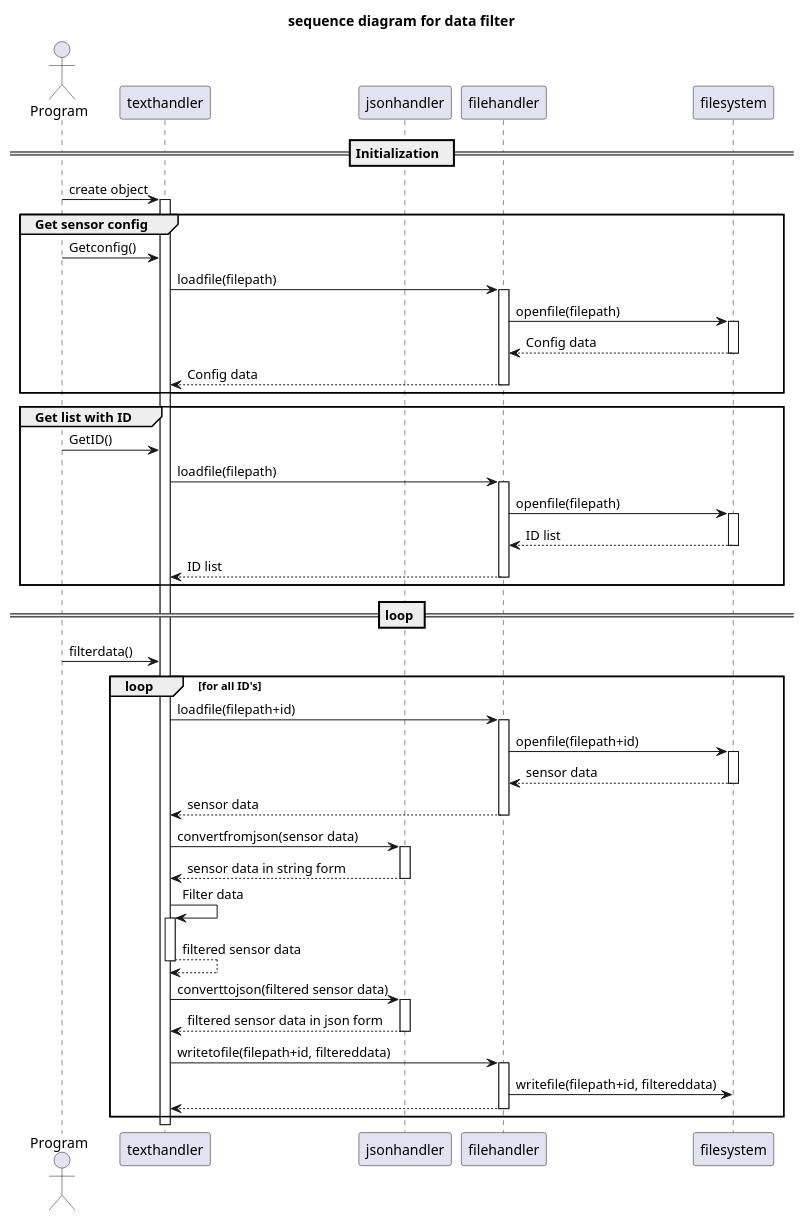
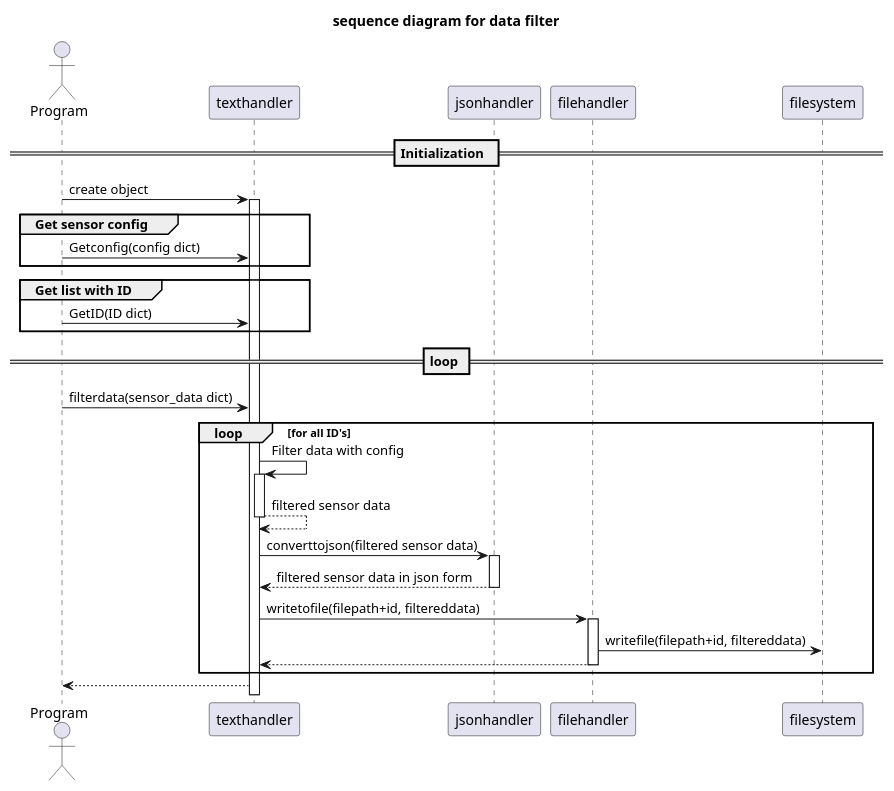
One commit to AU-PRO5-Rem/ReMoniProject changed the diagram in doc/Sequence_filter.puml. Above: the diagram before and after it, drawn with PlantUML. The commit also changed 3 other files, not shown here.

Commit message:
Changed Sequence_filter.puml and implemented filehandler

```diff
--- a/doc/Sequence_filter.puml
+++ b/doc/Sequence_filter.puml
@@ -1,64 +1,42 @@
 @startuml
 actor Program
 participant texthandler
 participant jsonhandler
 participant filehandler
 participant filesystem
 
 title sequence diagram for data filter
 
 
 == Initialization  ==
 Program -> texthandler : create object
     activate texthandler
 group Get sensor config
-    Program -> texthandler : Getconfig()
-    texthandler -> filehandler : loadfile(filepath)
-    activate filehandler
-    filehandler -> filesystem : openfile(filepath)
-    activate filesystem
-    return Config data
-    return Config data
+    Program -> texthandler : Getconfig(config dict)
 end
 group Get list with ID
-    Program -> texthandler : GetID()
-    texthandler -> filehandler : loadfile(filepath)
-    activate filehandler
-    filehandler -> filesystem : openfile(filepath)
-    activate filesystem
-    return ID list
-    return ID list
+    Program -> texthandler : GetID(ID dict)
+
 end
 
 == loop ==
 
-Program -> texthandler : filterdata()
+Program -> texthandler : filterdata(sensor_data dict)
 loop for all ID's
-    texthandler->filehandler : loadfile(filepath+id)
-    activate filehandler
 
-    filehandler -> filesystem : openfile(filepath+id)
-    activate filesystem
-    return  sensor data
-
-    return sensor data
-
-    texthandler->jsonhandler : convertfromjson(sensor data)
-    activate jsonhandler
-    return sensor data in string form
-
-    texthandler -> texthandler : Filter data
+    texthandler -> texthandler : Filter data with config
     activate texthandler
     return filtered sensor data
 
     texthandler->jsonhandler : converttojson(filtered sensor data)
     activate jsonhandler
     return  filtered sensor data in json form
 
     texthandler->filehandler : writetofile(filepath+id, filtereddata)
     activate filehandler
 
     filehandler->filesystem : writefile(filepath+id, filtereddata)
     return
 end
+texthandler--> Program
 @enduml
```
